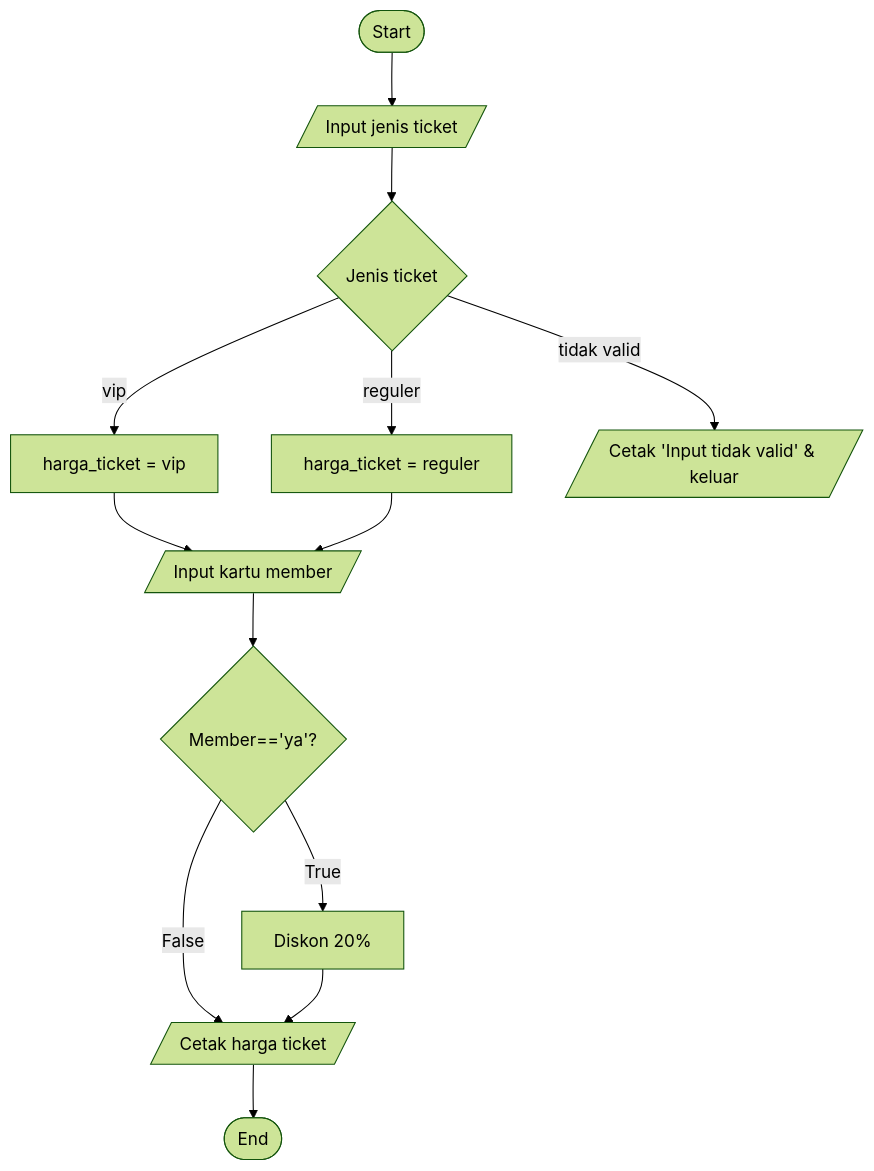
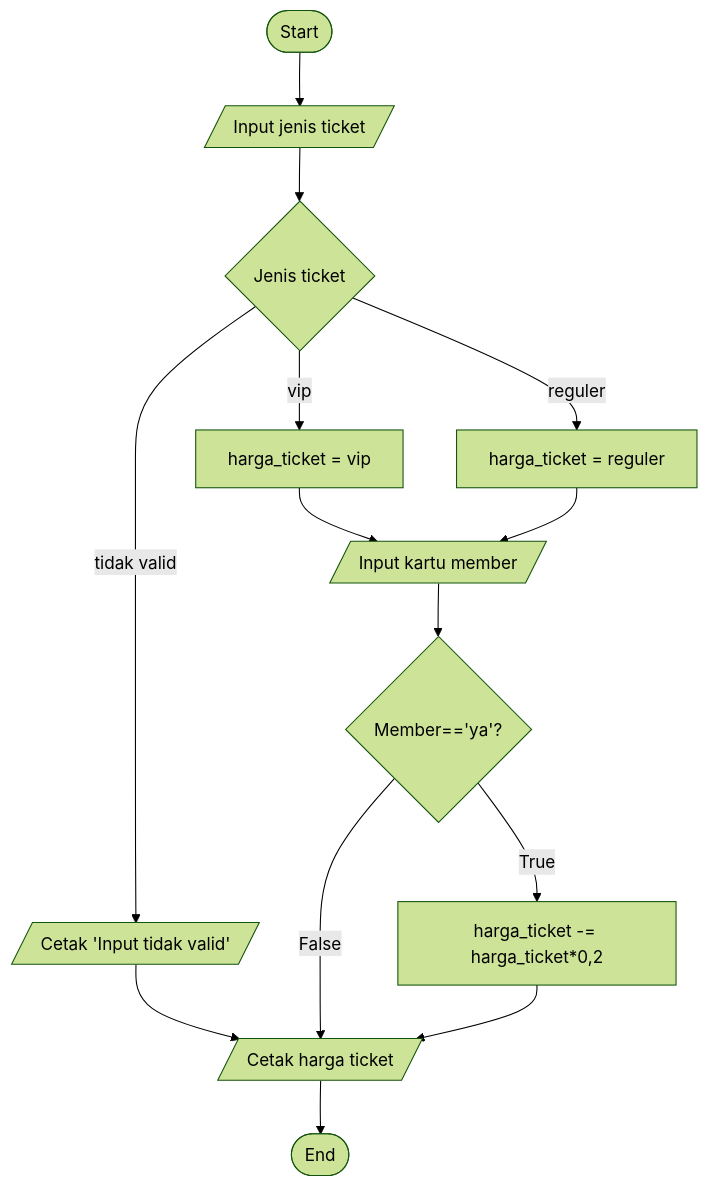
Before and after one commit to AugustRmd/labpy02: the first of 2 diagrams in README.md, drawn with Mermaid (forest theme). The commit also changed other lines of this file, not shown here.

`````diff
--- a/README.md
+++ b/README.md
@@ -4,16 +4,17 @@
 ````mermaid
 flowchart TD
     A([Start]) --> B[/Input jenis ticket/]
     B --> C{Jenis ticket}
     C -- vip --> D[harga_ticket = vip]
     C -- reguler --> E[harga_ticket = reguler]
-    C -- tidak valid --> F[/Cetak 'Input tidak valid' & keluar/]
+    C -- tidak valid --> F[/Cetak 'Input tidak valid'/]
+    F --> K
     D --> G[/Input kartu member/]
     E --> G
     G --> H{Member=='ya'?}
-    H -- True --> I[Diskon 20%]
+    H -- True --> I[harga_ticket -= harga_ticket*0,2]
     H -- False --> K[/Cetak harga ticket/]
     I --> K
     K --> L([End])
 
 ````
`````
